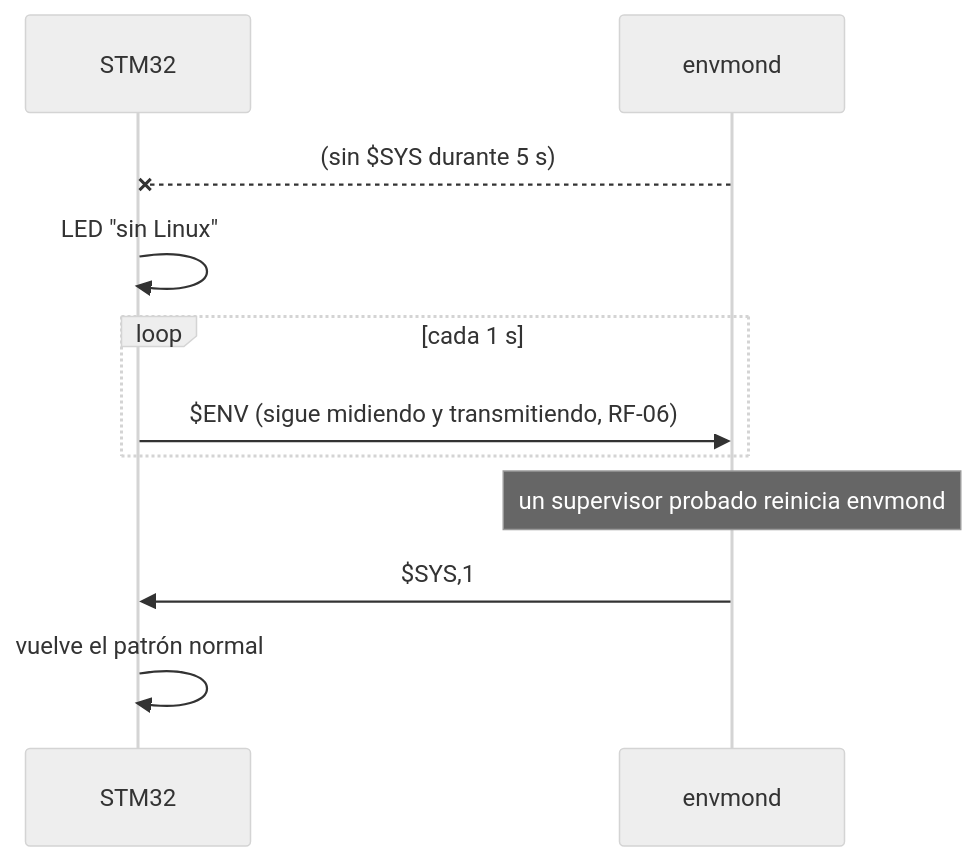
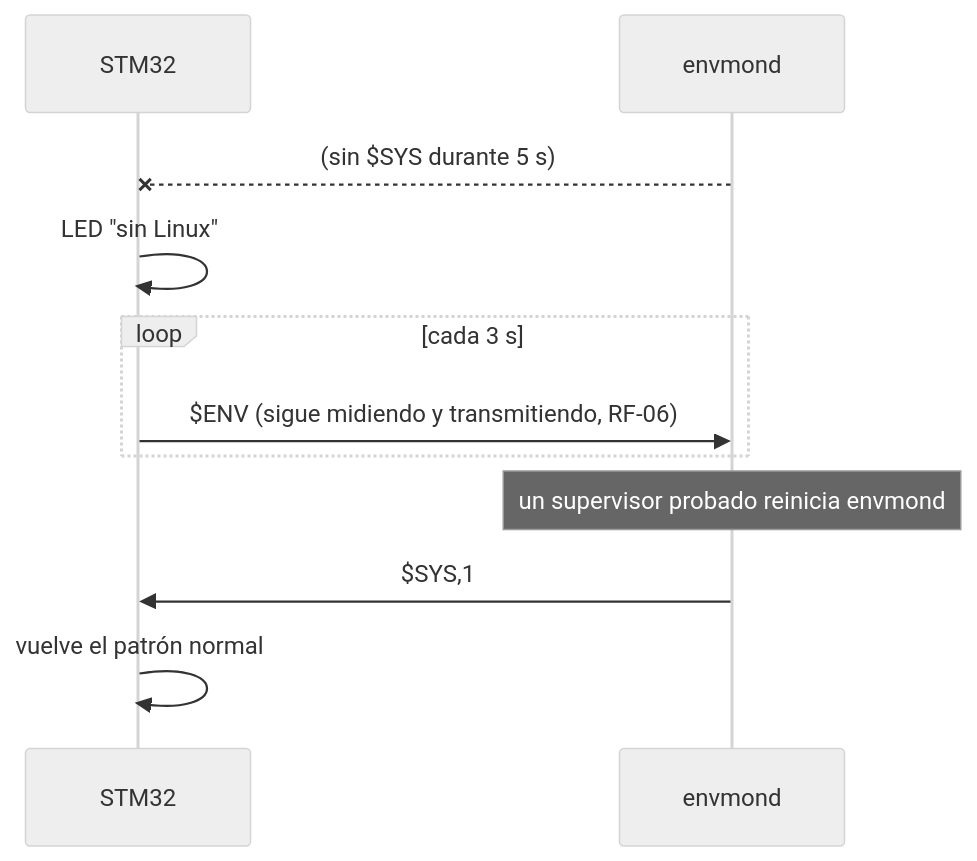
One commit to anhenaobe/smart-environmental-monitoring-system changed the ninth of 9 diagrams in docs/arquitectura.md. Above: the diagram before and after it, drawn with Mermaid (neutral theme). The commit also changed other lines of this file and 21 other files, not shown here.

````diff
--- a/docs/arquitectura.md
+++ b/docs/arquitectura.md
@@ -272,13 +271,13 @@
 ```mermaid
 sequenceDiagram
     participant M as STM32
     participant L as envmond
     L--xM: (sin $SYS durante 5 s)
     M->>M: LED "sin Linux"
-    loop cada 1 s
+    loop cada 3 s
         M->>L: $ENV (sigue midiendo y transmitiendo, RF-06)
     end
     Note over L: un supervisor probado reinicia envmond
     L->>M: $SYS,1
     M->>M: vuelve el patrón normal
 ```
````
